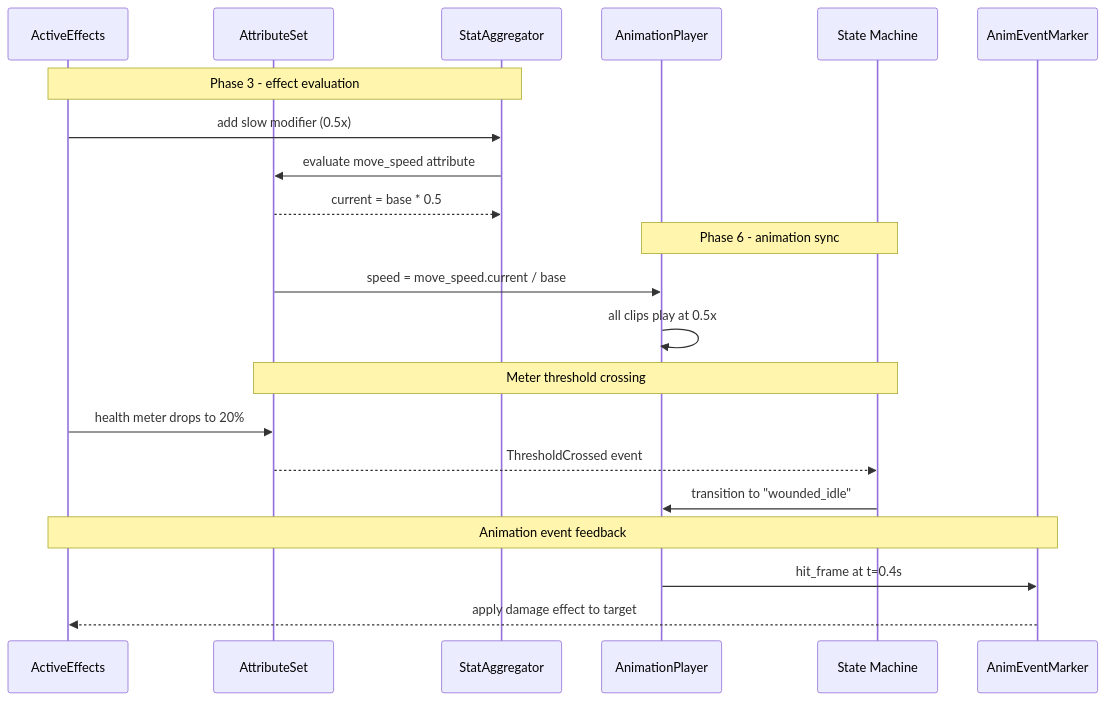
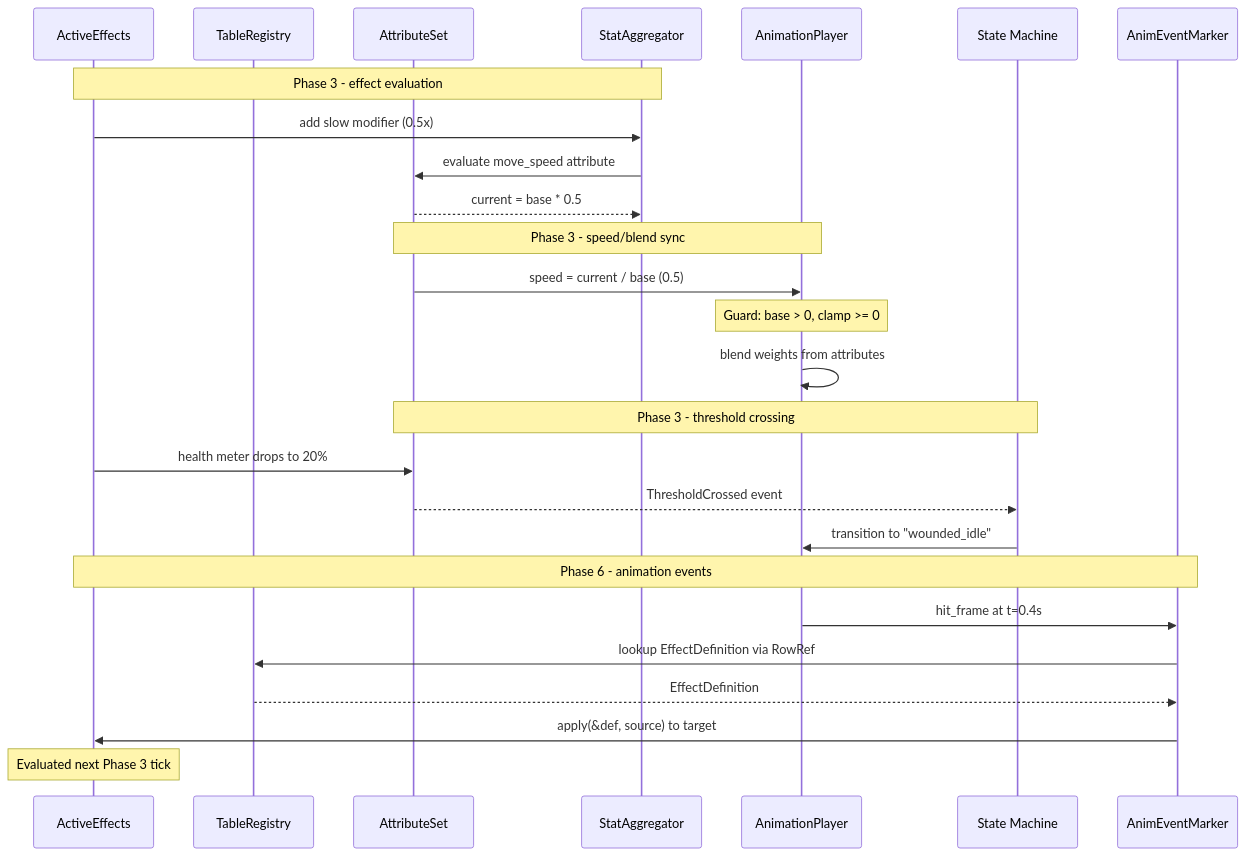
Before and after one commit to harmonius-dev/harmonius: the first of 2 diagrams in docs/design/integration/attributes-effects-animation.md, drawn with Mermaid. The commit also changed other lines of this file and 57 other files, not shown here.

````diff
--- a/docs/design/integration/attributes-effects-animation.md
+++ b/docs/design/integration/attributes-effects-animation.md
@@ -76,27 +107,32 @@
 ```mermaid
 sequenceDiagram
     participant FX as ActiveEffects
+    participant TR as TableRegistry
     participant AS as AttributeSet
     participant SA as StatAggregator
     participant AP as AnimationPlayer
     participant SM as State Machine
     participant AE as AnimEventMarker
 
     Note over FX,SA: Phase 3 - effect evaluation
     FX->>SA: add slow modifier (0.5x)
     SA->>AS: evaluate move_speed attribute
     AS-->>SA: current = base * 0.5
 
-    Note over AP,SM: Phase 6 - animation sync
-    AS->>AP: speed = move_speed.current / base
-    AP->>AP: all clips play at 0.5x
+    Note over AS,AP: Phase 3 - speed/blend sync
+    AS->>AP: speed = current / base (0.5)
+    Note over AP: Guard: base > 0, clamp >= 0
+    AP->>AP: blend weights from attributes
 
-    Note over AS,SM: Meter threshold crossing
+    Note over AS,SM: Phase 3 - threshold crossing
     FX->>AS: health meter drops to 20%
     AS-->>SM: ThresholdCrossed event
     SM->>AP: transition to "wounded_idle"
 
-    Note over AE,FX: Animation event feedback
+    Note over AE,FX: Phase 6 - animation events
     AP->>AE: hit_frame at t=0.4s
-    AE-->>FX: apply damage effect to target
+    AE->>TR: lookup EffectDefinition via RowRef
+    TR-->>AE: EffectDefinition
+    AE->>FX: apply(&def, source) to target
+    Note over FX: Evaluated next Phase 3 tick
 ```
````
